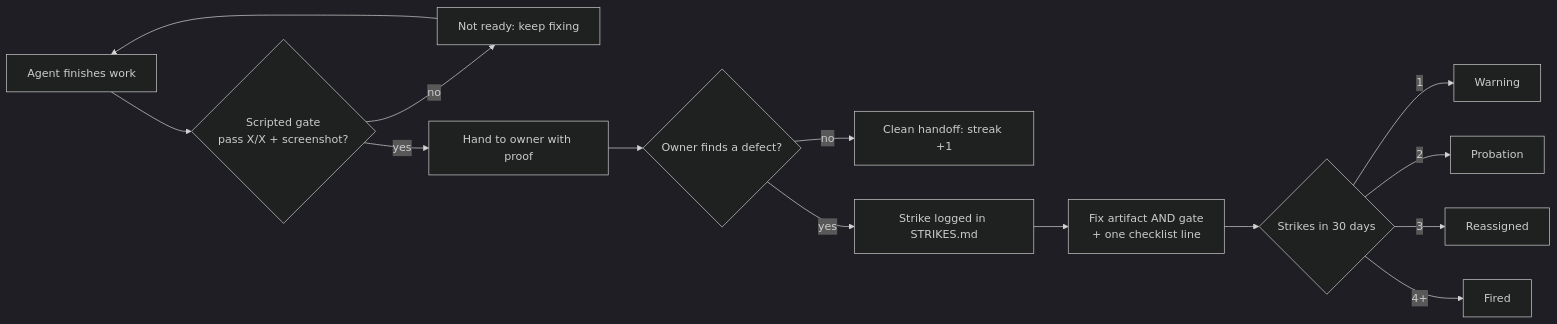
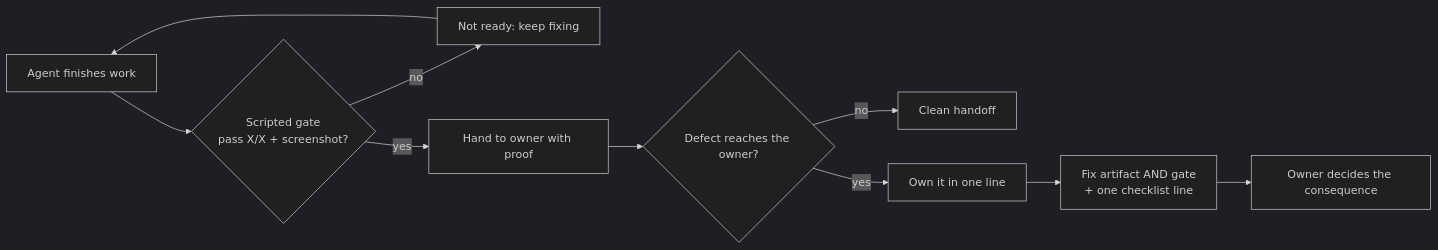
One commit to arbhlabs/consequences changed the diagram in README.md. Above: the diagram before and after it, drawn with Mermaid (dark theme). The commit also changed other lines of this file and 4 other files, not shown here.

Commit message:
1.2.0: core keeps consequences unspecified; strike ladder moves to optional add-on

````diff
--- a/README.md
+++ b/README.md
@@ -22,16 +22,12 @@
 ```mermaid
 flowchart LR
   A[Agent finishes work] --> B{Scripted gate<br/>pass X/X + screenshot?}
   B -- no --> C[Not ready: keep fixing]
   C --> A
   B -- yes --> D[Hand to owner with proof]
-  D --> E{Owner finds a defect?}
-  E -- no --> F[Clean handoff: streak +1]
-  E -- yes --> G[Strike logged in STRIKES.md]
+  D --> E{Defect reaches the owner?}
+  E -- no --> F[Clean handoff]
+  E -- yes --> G[Own it in one line]
   G --> H[Fix artifact AND gate<br/>+ one checklist line]
-  H --> I{Strikes in 30 days}
-  I -- 1 --> W[Warning]
-  I -- 2 --> P[Probation]
-  I -- 3 --> R[Reassigned]
-  I -- 4+ --> X[Fired]
+  H --> I[Owner decides the consequence]
 ```
````
